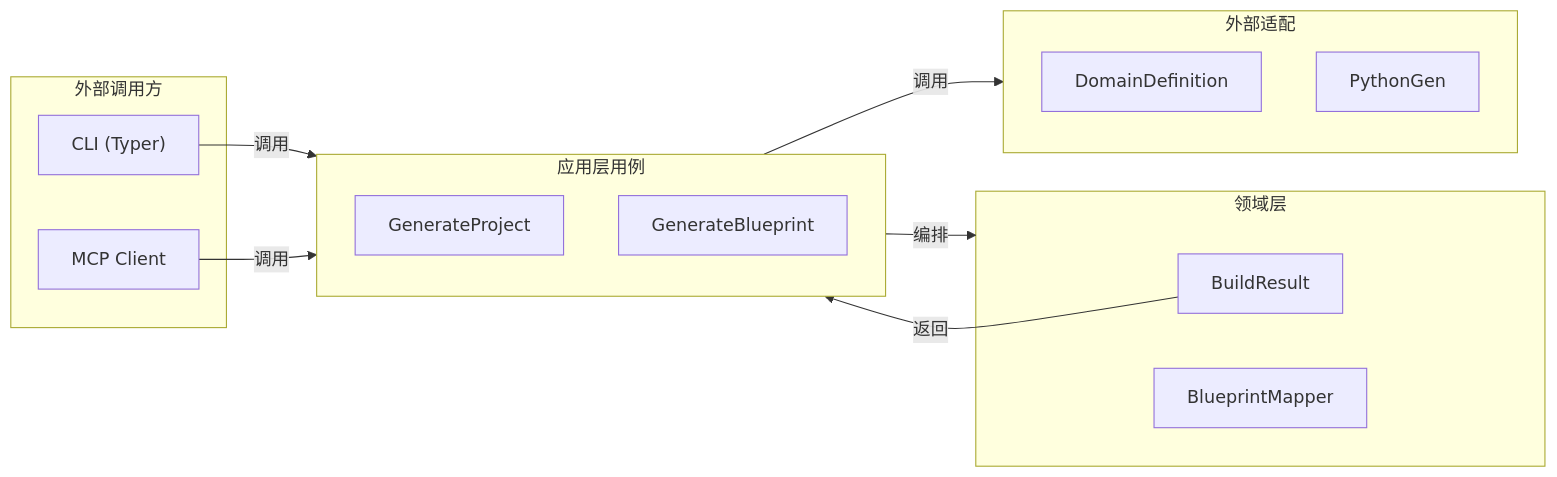
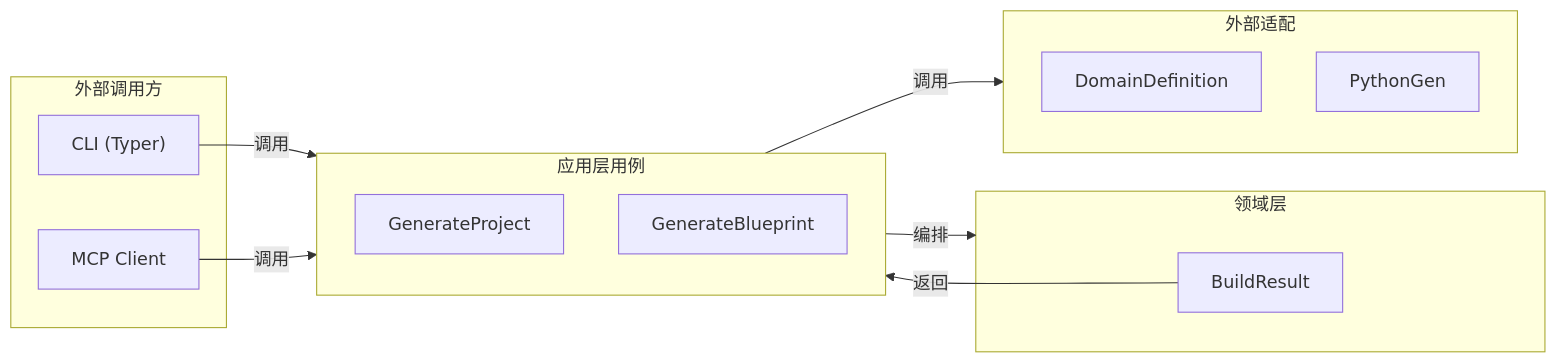
The second of 3 diagrams in docs/orchestration/ddd-architecture.md (Goodsome/codegen), drawn with Mermaid before and after one commit. The commit also changed other lines of this file and 67 other files, not shown here.

````diff
--- a/docs/orchestration/ddd-architecture.md
+++ b/docs/orchestration/ddd-architecture.md
@@ -181,30 +167,29 @@
 ```mermaid
 graph LR
     subgraph 外六边形["外部调用方"]
         CLI["CLI (Typer)"]
         MCP["MCP Client"]
     end
 
     subgraph 应用层["应用层用例"]
         GenerateProject["GenerateProject"]
         GenerateBlueprint["GenerateBlueprint"]
     end
 
     subgraph 领域层["领域层"]
         BuildResult["BuildResult"]
-        BlueprintMapper["BlueprintMapper"]
     end
 
     subgraph 外部适配
         DD["DomainDefinition"]
         PG["PythonGen"]
     end
 
     CLI -->|调用| 应用层
     MCP -->|调用| 应用层
 
     应用层 -->|编排| 领域层
     应用层 -->|调用| 外部适配
 
     BuildResult -->|返回| 应用层
 ```
````
